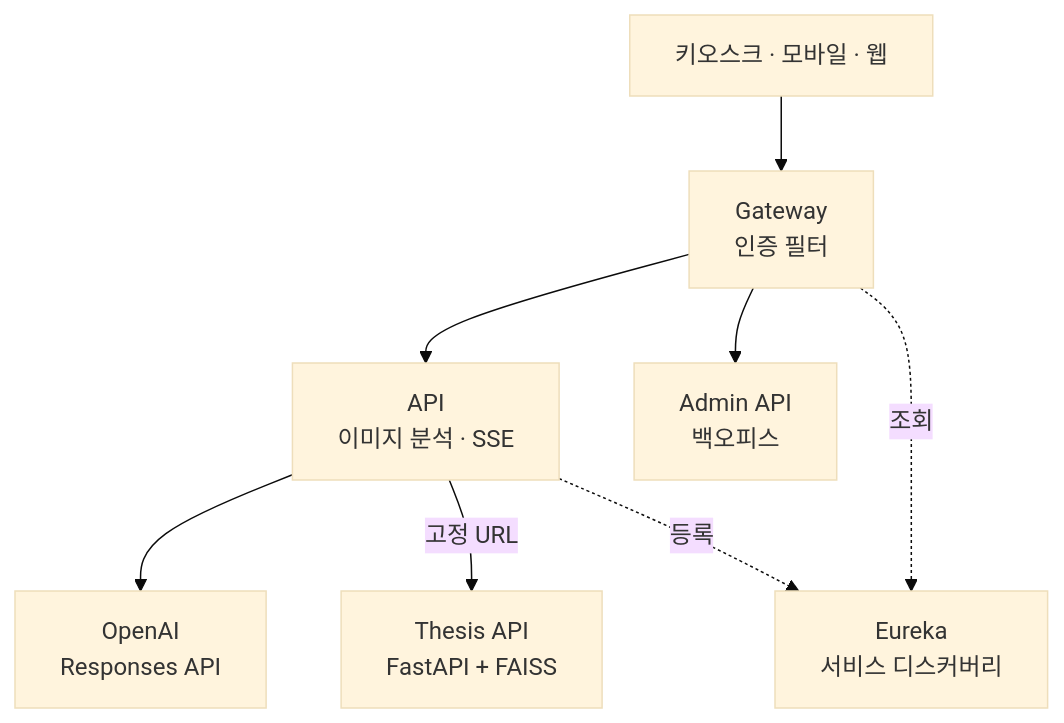
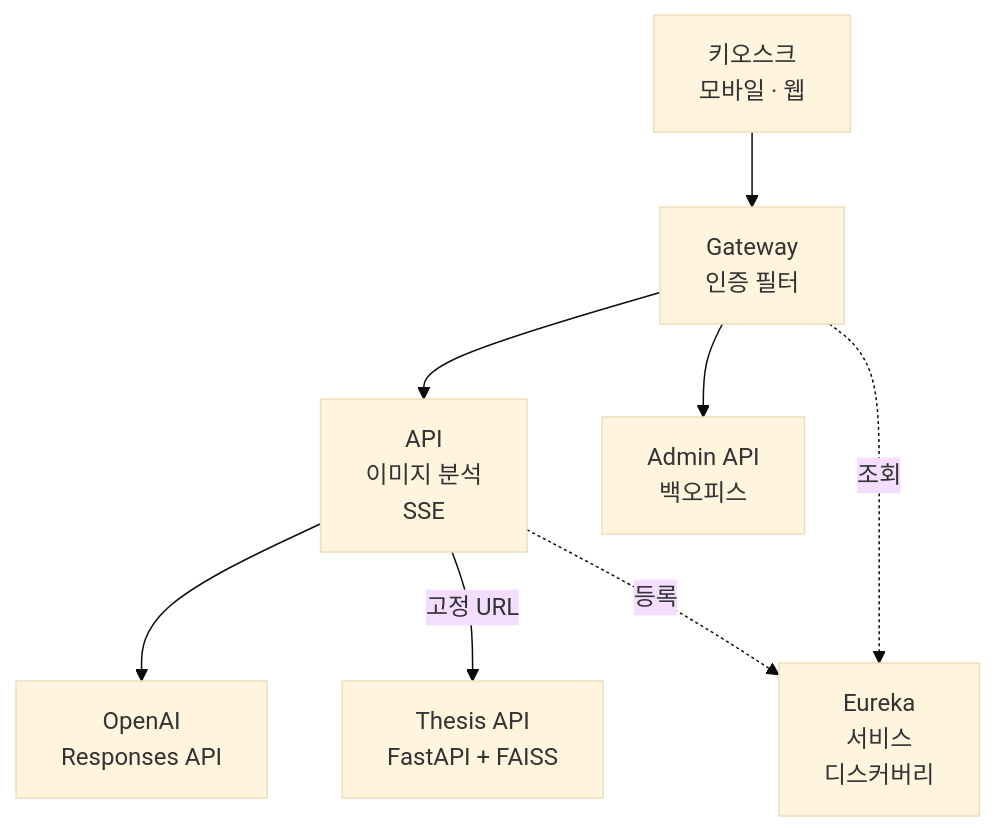
Before and after one commit to panorama713/career-portfolio: the diagram in projects/01-mindpick.md, drawn with Mermaid (base theme). The commit also changed 4 other files, not shown here.

First line of the commit message:
Shorten diagram label lines so Korean text does not wrap mid-word

````diff
--- a/projects/01-mindpick.md
+++ b/projects/01-mindpick.md
@@ -6,18 +6,18 @@
 ```mermaid
 flowchart TB
-    Client["키오스크 · 모바일 · 웹"]
+    Client["키오스크<br/>모바일 · 웹"]
     Gateway["Gateway<br/>인증 필터"]
-    API["API<br/>이미지 분석 · SSE"]
+    API["API<br/>이미지 분석<br/>SSE"]
     Admin["Admin API<br/>백오피스"]
     Thesis["Thesis API<br/>FastAPI + FAISS"]
-    Eureka["Eureka<br/>서비스 디스커버리"]
+    Eureka["Eureka<br/>서비스<br/>디스커버리"]
     OpenAI["OpenAI<br/>Responses API"]
 
     Client --> Gateway
     Gateway --> API
     Gateway --> Admin
     API --> OpenAI
     API -->|고정 URL| Thesis
     API -.등록.-> Eureka
     Gateway -.조회.-> Eureka
 ```
````
